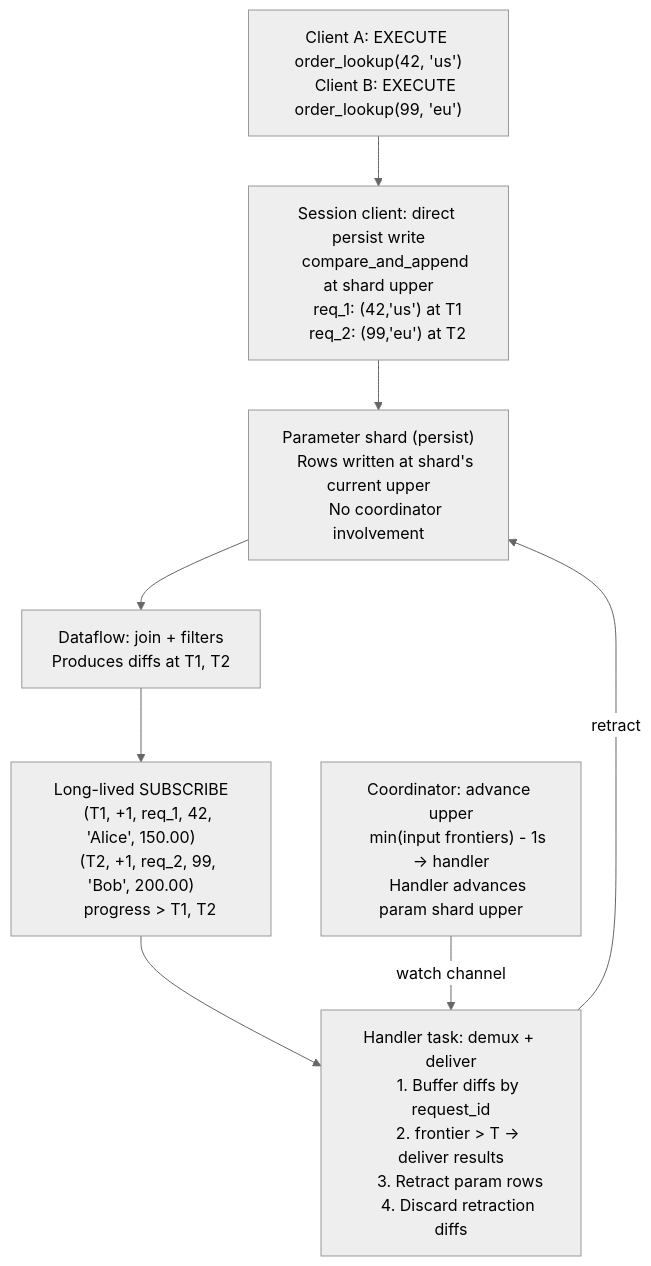
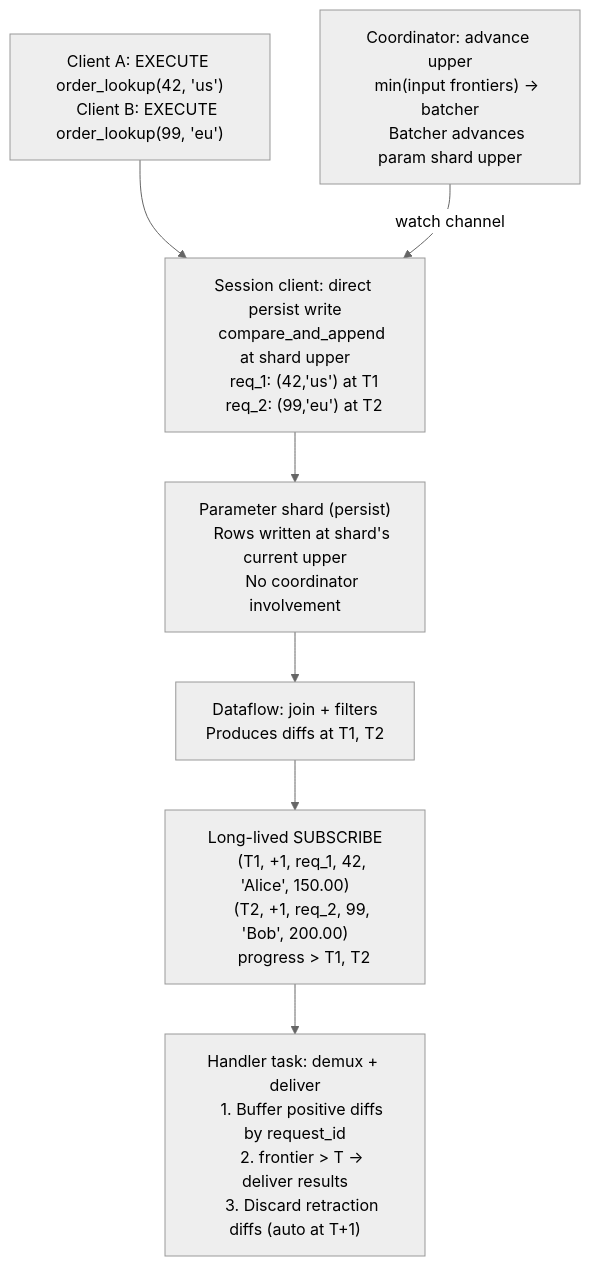
The first of 2 diagrams in doc/developer/design/20260306_standing_queries.md (MaterializeInc/materialize), drawn with Mermaid (neutral theme) before and after one commit. The commit also changed other lines of this file, not shown here.

````diff
--- a/doc/developer/design/20260306_standing_queries.md
+++ b/doc/developer/design/20260306_standing_queries.md
@@ -112,36 +112,34 @@
 ```mermaid
 flowchart TD
     A["Client A: EXECUTE order_lookup(42, 'us')
     Client B: EXECUTE order_lookup(99, 'eu')"]
 
     B["Session client: direct persist write
     compare_and_append at shard upper
     req_1: (42,'us') at T1
     req_2: (99,'eu') at T2"]
 
     C["Parameter shard (persist)
     Rows written at shard's current upper
     No coordinator involvement"]
 
     D["Dataflow: join + filters
     Produces diffs at T1, T2"]
 
     E["Long-lived SUBSCRIBE
     (T1, +1, req_1, 42, 'Alice', 150.00)
     (T2, +1, req_2, 99, 'Bob', 200.00)
     progress > T1, T2"]
 
     F["Handler task: demux + deliver
-    1. Buffer diffs by request_id
+    1. Buffer positive diffs by request_id
     2. frontier > T → deliver results
-    3. Retract param rows
-    4. Discard retraction diffs"]
+    3. Discard retraction diffs (auto at T+1)"]
 
     G["Coordinator: advance upper
-    min(input frontiers) - 1s → handler
-    Handler advances param shard upper"]
+    min(input frontiers) → batcher
+    Batcher advances param shard upper"]
 
     A --> B --> C --> D --> E --> F
-    F -- "retract" --> C
-    G -- "watch channel" --> F
+    G -- "watch channel" --> B
 ```
````
